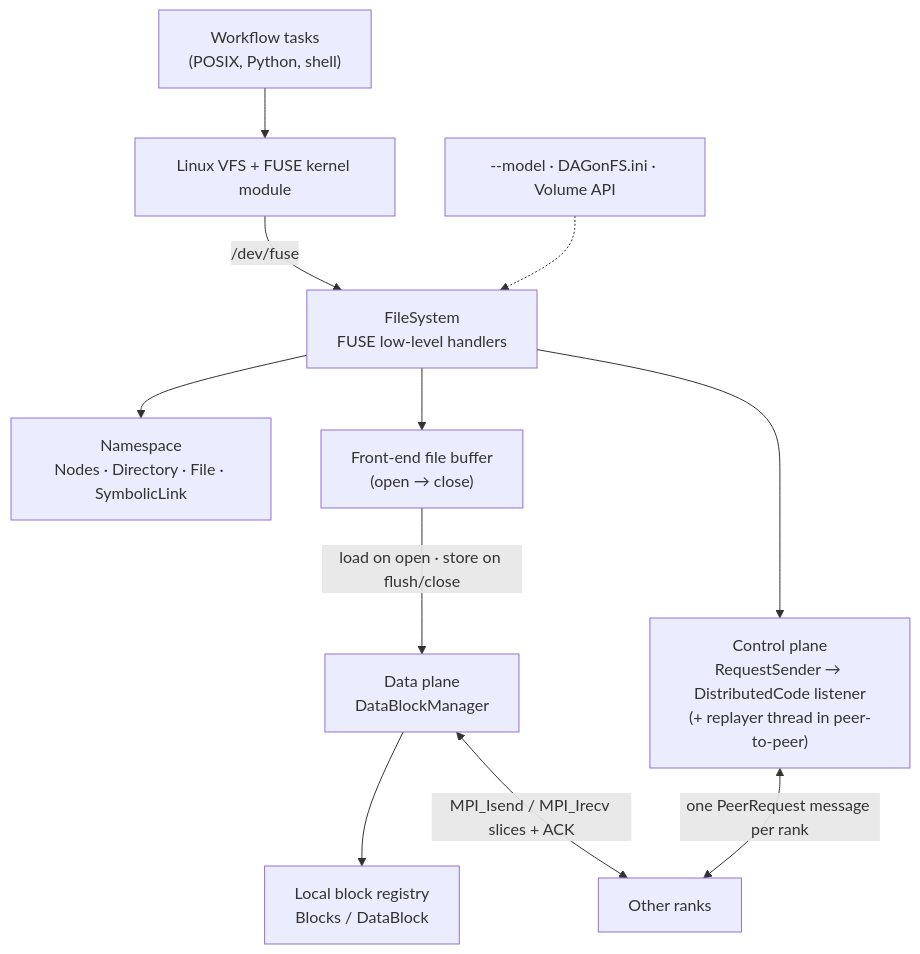
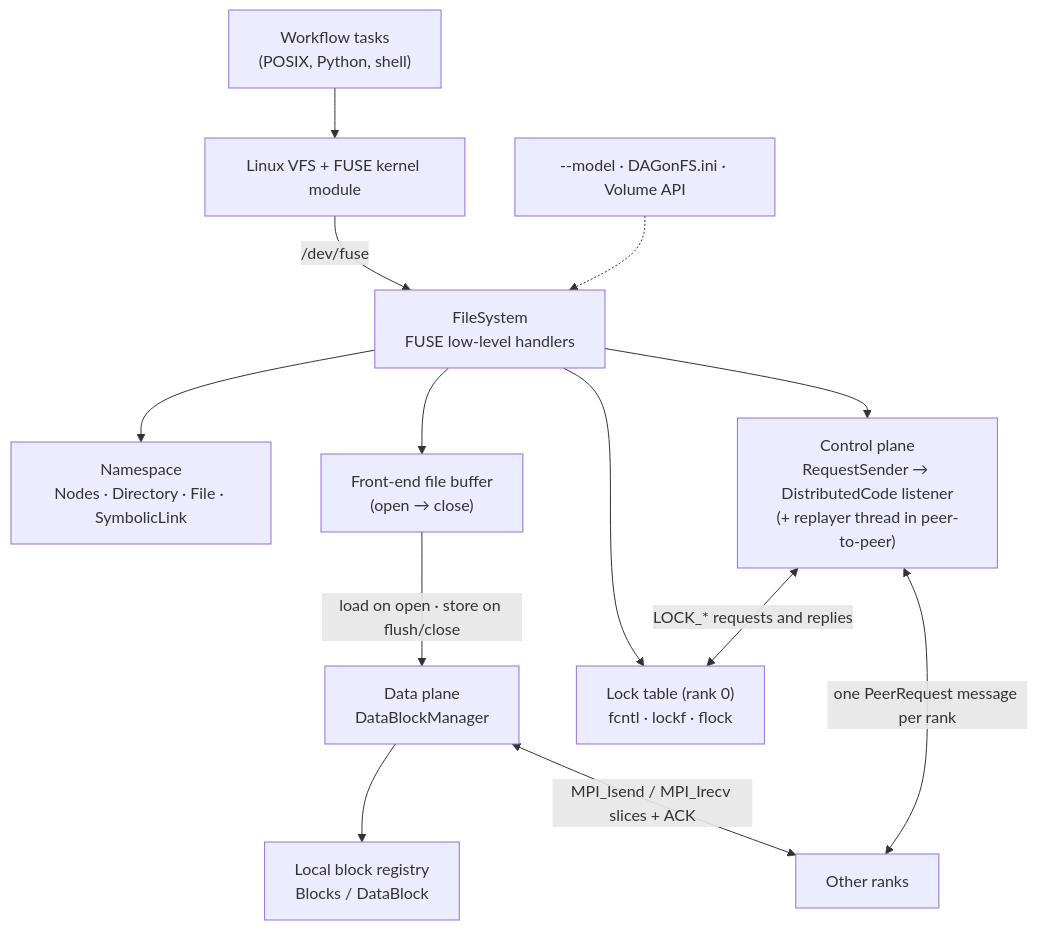
Before and after one commit to DagOnStar/DAGonFS: the first of 3 diagrams in README.md, drawn with Mermaid. The commit also changed other lines of this file and 34 other files, not shown here.

````diff
--- a/README.md
+++ b/README.md
@@ -34,13 +34,15 @@
 ```mermaid
 flowchart TB
     App["Workflow tasks<br/>(POSIX, Python, shell)"] --> VFS["Linux VFS + FUSE kernel module"]
     VFS -- "/dev/fuse" --> FS["FileSystem<br/>FUSE low-level handlers"]
     FS --> NS["Namespace<br/>Nodes · Directory · File · SymbolicLink"]
     FS --> FB["Front-end file buffer<br/>(open → close)"]
     FB -- "load on open · store on flush/close" --> DP["Data plane<br/>DataBlockManager"]
     DP --> REG["Local block registry<br/>Blocks / DataBlock"]
     DP <-- "MPI_Isend / MPI_Irecv slices + ACK" --> R["Other ranks"]
     FS --> CP["Control plane<br/>RequestSender → DistributedCode listener<br/>(+ replayer thread in peer-to-peer)"]
     CP <-- "one PeerRequest message per rank" --> R
+    FS --> LT["Lock table (rank 0)<br/>fcntl · lockf · flock"]
+    CP <-- "LOCK_* requests and replies" --> LT
     CFG["--model · DAGonFS.ini · Volume API"] -.-> FS
 ```
````
